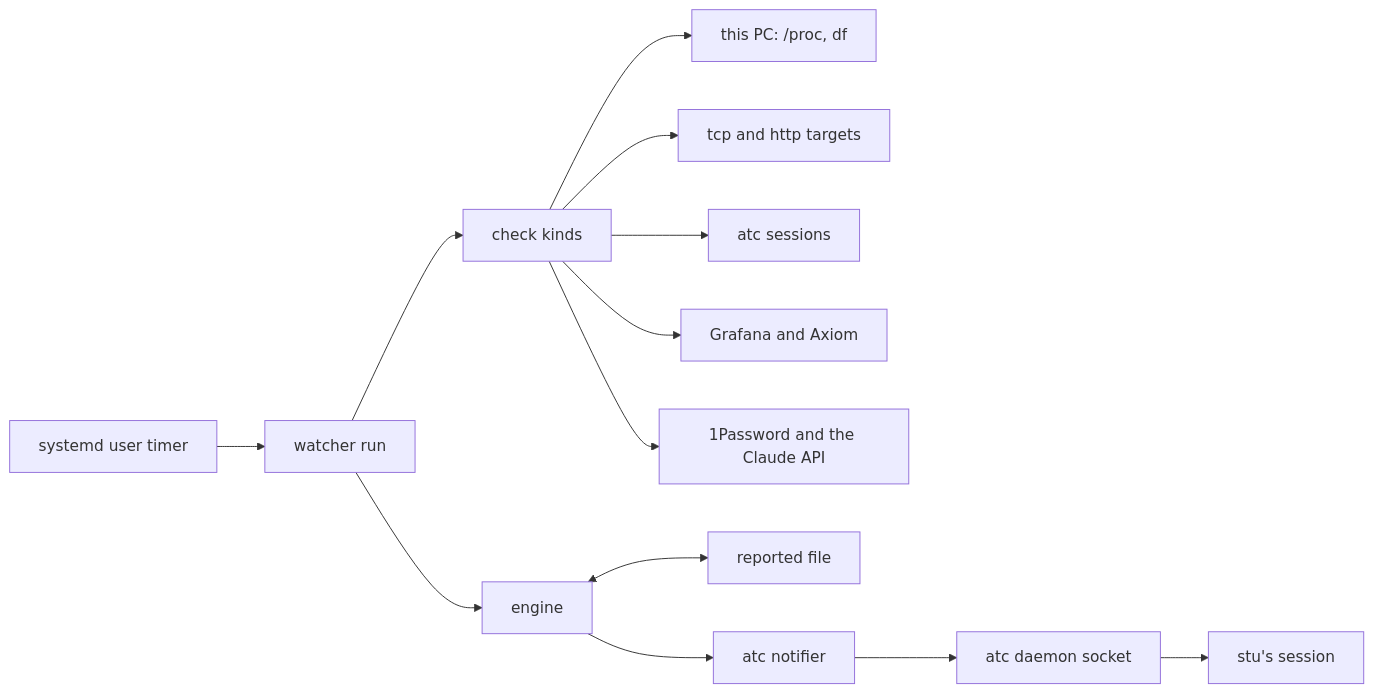
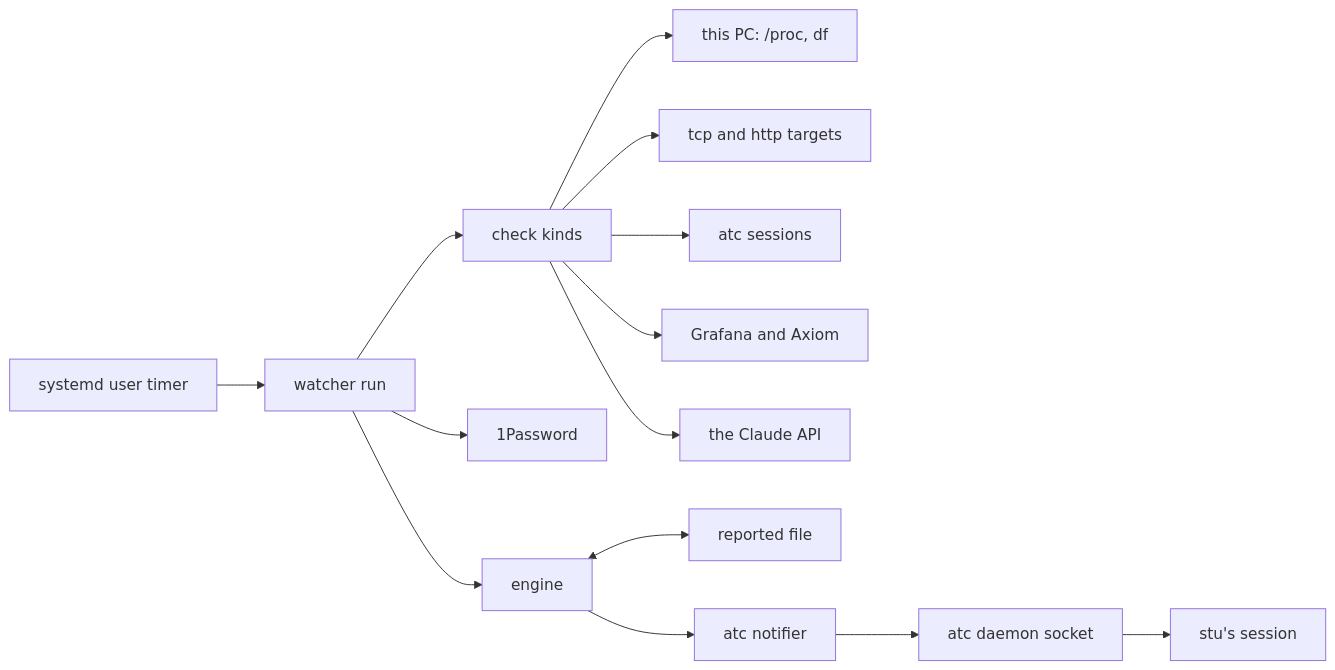
One commit to zgeoff/stu changed the diagram in docs/architecture/overview.md. Above: the diagram before and after it, drawn with Mermaid. The commit also changed other lines of this file and 43 other files, not shown here.

````diff
--- a/docs/architecture/overview.md
+++ b/docs/architecture/overview.md
@@ -10,15 +10,16 @@
 ```mermaid
 flowchart LR
   timer[systemd user timer] --> run[watcher run]
   run --> kinds[check kinds]
   kinds --> host[this PC: /proc, df]
   kinds --> net[tcp and http targets]
   kinds --> sessions[atc sessions]
   kinds --> alerts[Grafana and Axiom]
-  kinds --> quota[1Password and the Claude API]
+  kinds --> quota[the Claude API]
+  run --> secrets[1Password]
   run --> engine[engine]
   engine <--> file[reported file]
   engine --> notifier[atc notifier]
   notifier --> daemon[atc daemon socket]
   daemon --> stu[stu's session]
 ```
````
